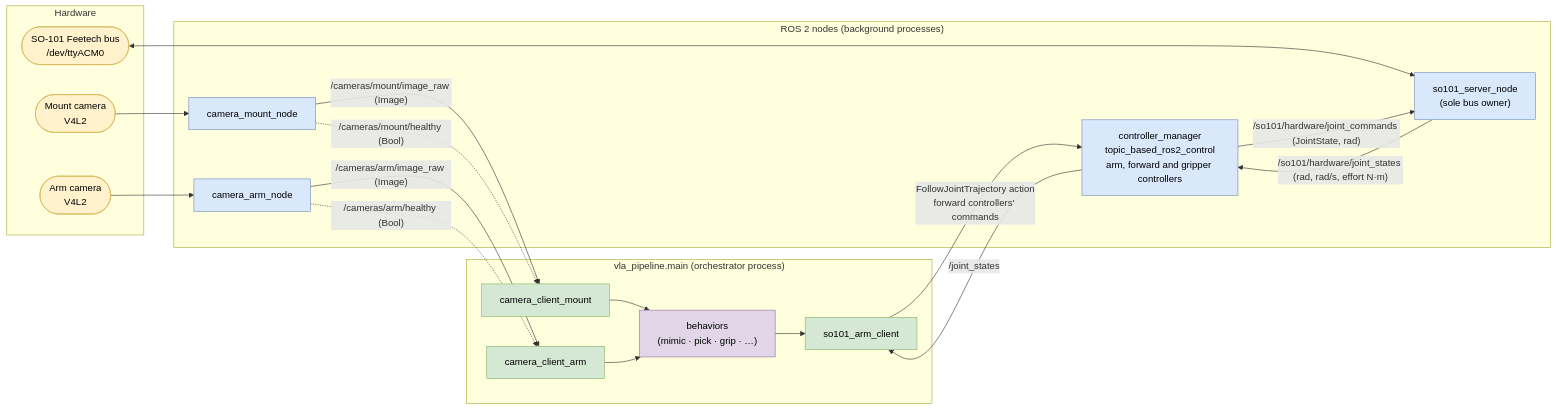
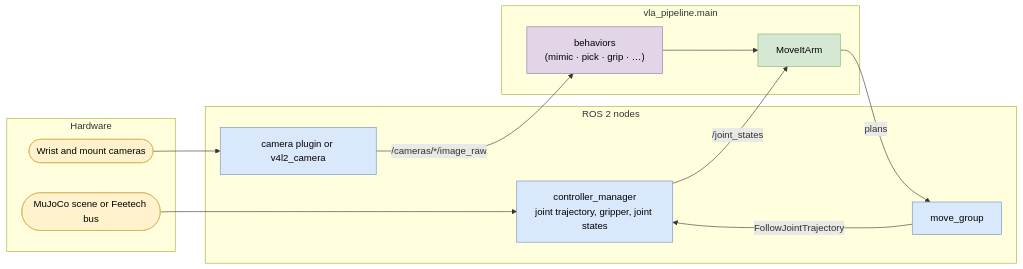
The third of 3 diagrams in workshops/vvla-pipeline/README.md (ThomasGmeinder/embedded-x86-ai), drawn with Mermaid before and after one commit. The commit also changed other lines of this file and 22 other files, not shown here.

Commit message:
Make so101_control the one SO-101 bringup, with MoveIt Servo, and add the patches it needs.

````diff
--- a/workshops/vvla-pipeline/README.md
+++ b/workshops/vvla-pipeline/README.md
@@ -190,45 +189,31 @@
 ```mermaid
 flowchart LR
     subgraph DEVICES["Hardware"]
-        MC([Mount camera<br/>V4L2]):::hw
-        AC([Arm camera<br/>V4L2]):::hw
-        BUS([SO-101 Feetech bus<br/>/dev/ttyACM0]):::hw
+        TWIN([MuJoCo scene or Feetech bus]):::hw
+        CAMHW([Wrist and mount cameras]):::hw
     end
 
-    subgraph NODES["ROS 2 nodes (background processes)"]
-        CMN["camera_mount_node"]:::node
-        CAN["camera_arm_node"]:::node
-        SRV["so101_server_node<br/>(sole bus owner)"]:::node
-        CM["controller_manager<br/>topic_based_ros2_control<br/>arm, forward and gripper controllers"]:::node
+    subgraph NODES["ROS 2 nodes"]
+        CM["controller_manager<br/>joint trajectory, gripper, joint states"]:::node
+        MG["move_group"]:::node
+        CAMN["camera plugin or v4l2_camera"]:::node
     end
 
-    subgraph ORCH["vla_pipeline.main (orchestrator process)"]
-        CCM["camera_client_mount"]:::client
-        CCA["camera_client_arm"]:::client
-        ARMCL["so101_arm_client"]:::client
+    subgraph ORCH["vla_pipeline.main"]
+        ARMCL["MoveItArm"]:::client
         BEH["behaviors<br/>(mimic · pick · grip · …)"]:::beh
     end
 
-    MC --> CMN
-    AC --> CAN
-    BUS <--> SRV
-
-    CMN -->|"/cameras/mount/image_raw (Image)"| CCM
-    CMN -.->|"/cameras/mount/healthy (Bool)"| CCM
-    CAN -->|"/cameras/arm/image_raw (Image)"| CCA
-    CAN -.->|"/cameras/arm/healthy (Bool)"| CCA
-
-    CM -->|"/so101/hardware/joint_commands (JointState, rad)"| SRV
-    SRV -->|"/so101/hardware/joint_states (rad, rad/s, effort N·m)"| CM
-    ARMCL -->|"FollowJointTrajectory action<br/>forward controllers' commands"| CM
+    TWIN --> CM
+    CAMHW --> CAMN
+    CAMN -->|"/cameras/*/image_raw"| BEH
+    BEH --> ARMCL
+    ARMCL -->|"plans"| MG
+    MG -->|"FollowJointTrajectory"| CM
     CM -->|"/joint_states"| ARMCL
-
-    CCM --> BEH
-    CCA --> BEH
-    BEH --> ARMCL
 
     classDef hw fill:#fff2cc,stroke:#d6b656,color:#000;
     classDef node fill:#dae8fc,stroke:#6c8ebf,color:#000;
     classDef client fill:#d5e8d4,stroke:#82b366,color:#000;
     classDef beh fill:#e1d5e7,stroke:#9673a6,color:#000;
 ```
````
